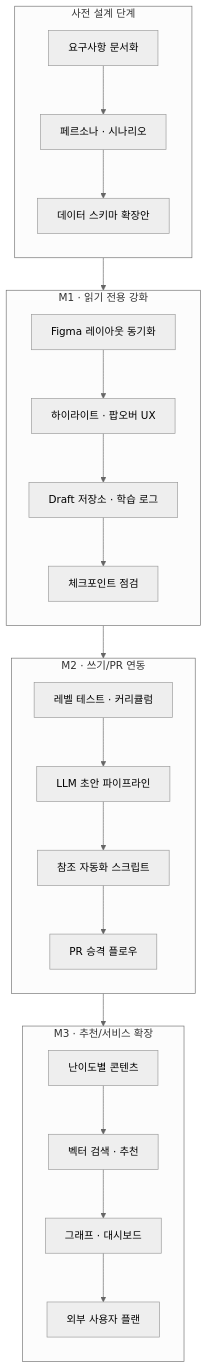
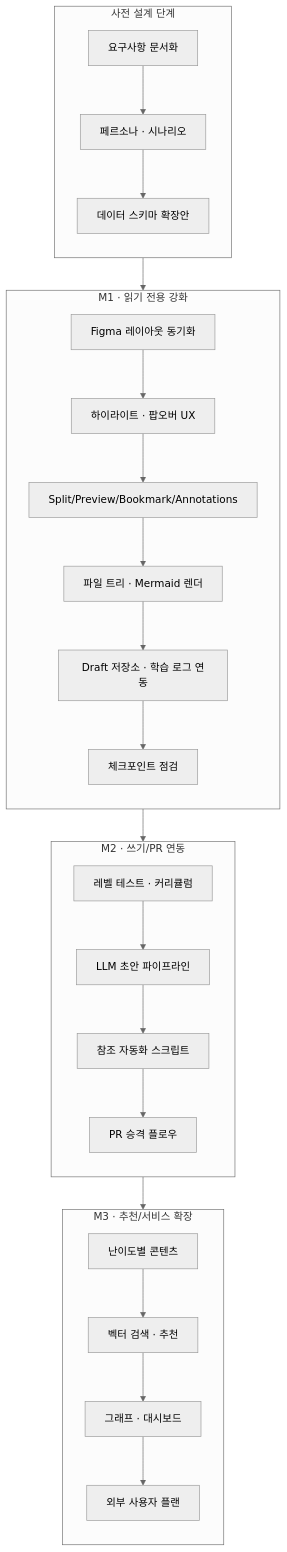
Before and after one commit to Ducksans/gg_real: the second of 2 diagrams in admin/specs/wiki-glossary-learning.md, drawn with Mermaid (neutral theme). The commit also changed other lines of this file, not shown here.

````diff
--- a/admin/specs/wiki-glossary-learning.md
+++ b/admin/specs/wiki-glossary-learning.md
@@ -92,41 +126,43 @@
 ```mermaid
 flowchart TD
     subgraph P["사전 설계 단계"]
         direction TB
         p1["요구사항 문서화"]
         p2["페르소나 · 시나리오"]
         p3["데이터 스키마 확장안"]
         p1 --> p2 --> p3
     end
 
     subgraph M1["M1 · 읽기 전용 강화"]
         direction TB
         m1a["Figma 레이아웃 동기화"]
         m1b["하이라이트 · 팝오버 UX"]
-        m1c["Draft 저장소 · 학습 로그"]
-        m1d["체크포인트 점검"]
-        m1a --> m1b --> m1c --> m1d
+        m1c["Split/Preview/Bookmark/Annotations"]
+        m1d["파일 트리 · Mermaid 렌더"]
+        m1e["Draft 저장소 · 학습 로그 연동"]
+        m1f["체크포인트 점검"]
+        m1a --> m1b --> m1c --> m1d --> m1e --> m1f
     end
 
     subgraph M2["M2 · 쓰기/PR 연동"]
         direction TB
         m2a["레벨 테스트 · 커리큘럼"]
         m2b["LLM 초안 파이프라인"]
         m2c["참조 자동화 스크립트"]
         m2d["PR 승격 플로우"]
         m2a --> m2b --> m2c --> m2d
     end
 
     subgraph M3["M3 · 추천/서비스 확장"]
         direction TB
         m3a["난이도별 콘텐츠"]
         m3b["벡터 검색 · 추천"]
         m3c["그래프 · 대시보드"]
         m3d["외부 사용자 플랜"]
         m3a --> m3b --> m3c --> m3d
     end
 
     p3 --> m1a
-    m1d --> m2a
+    m1f --> m2a
     m2d --> m3a
 ```
````
